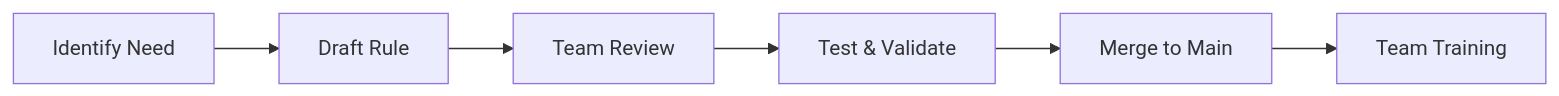
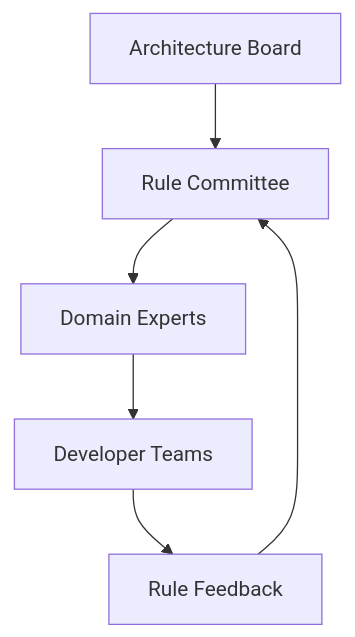
Before and after one commit to pexxi/course-presenter: the diagram in presentation-app/courses/cursor-ai-training/lecture4/slide27.md, drawn with Mermaid. The commit also changed other lines of this file and 143 other files, not shown here.

````diff
--- a/presentation-app/courses/cursor-ai-training/lecture4/slide27.md
+++ b/presentation-app/courses/cursor-ai-training/lecture4/slide27.md
@@ -50,8 +45,8 @@
 ```mermaid
-graph LR
-    A[Identify Need] --> B[Draft Rule]
-    B --> C[Team Review]
-    C --> D[Test & Validate]
-    D --> E[Merge to Main]
-    E --> F[Team Training]
+graph TD
+    A[Architecture Board] --> B[Rule Committee]
+    B --> C[Domain Experts]
+    C --> D[Developer Teams]
+    D --> E[Rule Feedback]
+    E --> B
 ```
````
